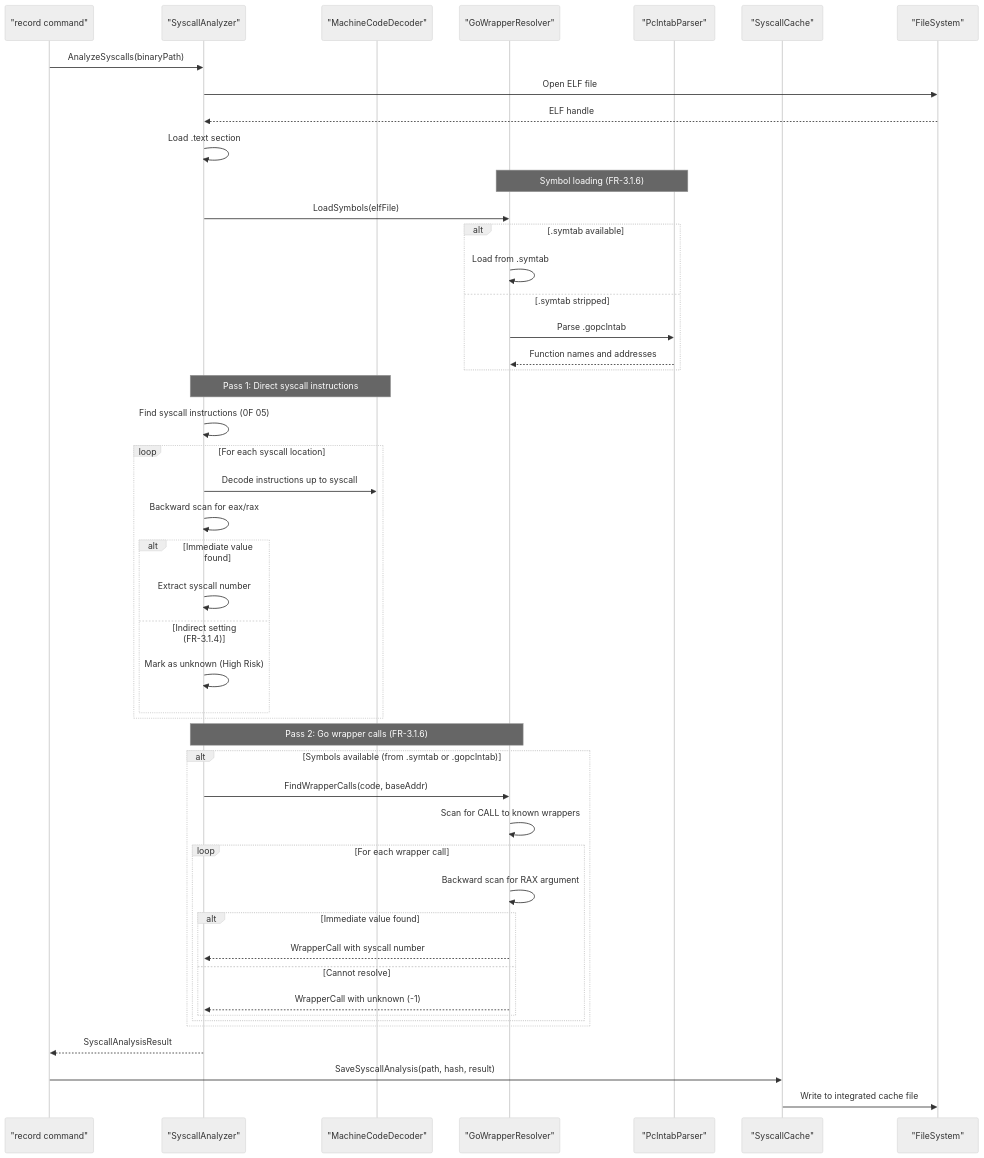
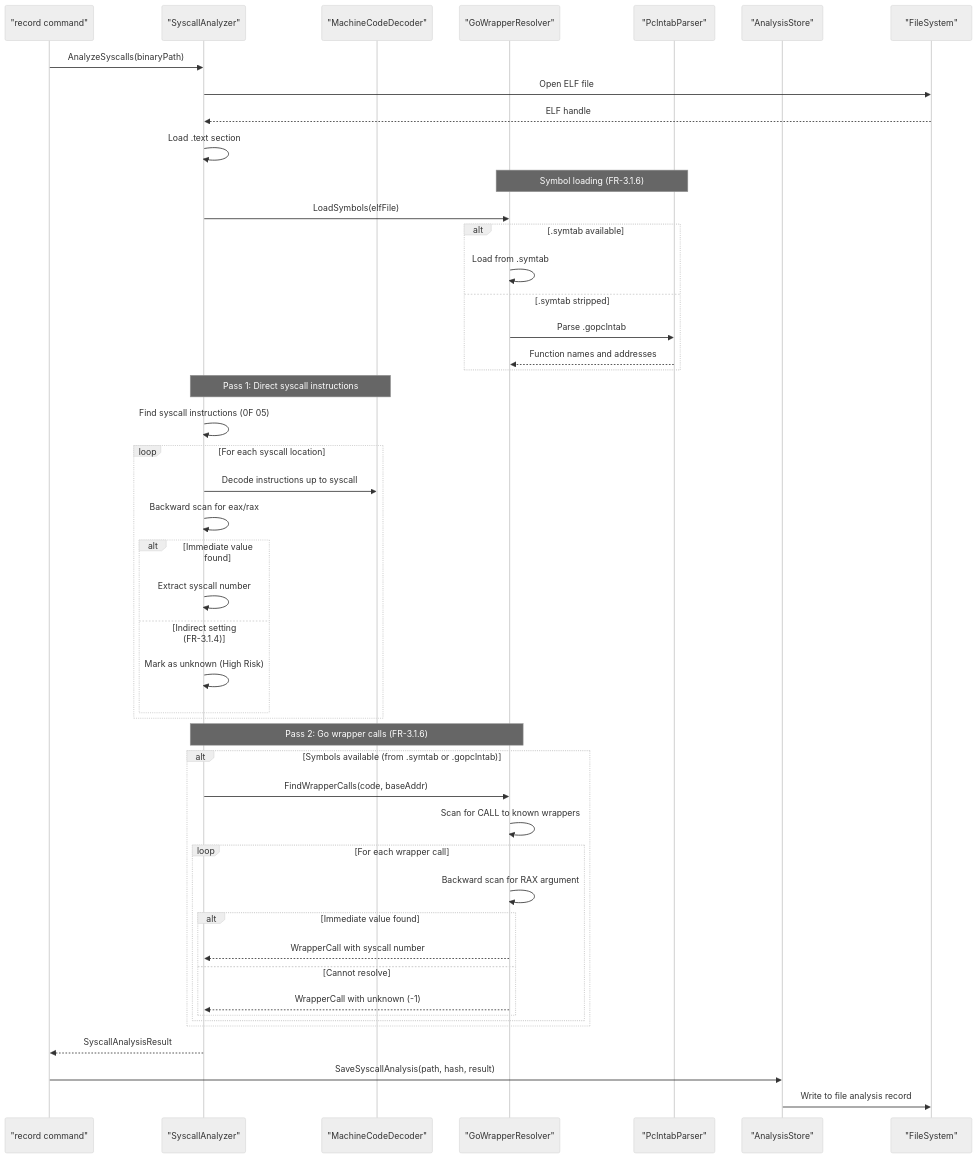
One commit to isseis/go-safe-cmd-runner changed the fifth of 18 diagrams in docs/tasks/0070_elf_syscall_analysis/02_architecture.md. Above: the diagram before and after it, drawn with Mermaid (neutral theme). The commit also changed other lines of this file and 2 other files, not shown here.

First line of the commit message:
docs: rename integrated cache to file-analysis store

````diff
--- a/docs/tasks/0070_elf_syscall_analysis/02_architecture.md
+++ b/docs/tasks/0070_elf_syscall_analysis/02_architecture.md
@@ -147,54 +144,54 @@
 ```mermaid
 sequenceDiagram
     participant RC as "record command"
     participant SA as "SyscallAnalyzer"
     participant MD as "MachineCodeDecoder"
     participant GW as "GoWrapperResolver"
     participant PP as "PclntabParser"
-    participant SC as "SyscallCache"
+    participant AS as "AnalysisStore"
     participant FS as "FileSystem"
 
     RC->>SA: AnalyzeSyscalls(binaryPath)
     SA->>FS: Open ELF file
     FS-->>SA: ELF handle
     SA->>SA: Load .text section
 
     Note over GW,PP: Symbol loading (FR-3.1.6)
     SA->>GW: LoadSymbols(elfFile)
     alt .symtab available
         GW->>GW: Load from .symtab
     else .symtab stripped
         GW->>PP: Parse .gopclntab
         PP-->>GW: Function names and addresses
     end
 
     Note over SA,MD: Pass 1: Direct syscall instructions
     SA->>SA: Find syscall instructions (0F 05)
     loop For each syscall location
         SA->>MD: Decode instructions up to syscall
         SA->>SA: Backward scan for eax/rax
         alt Immediate value found
             SA->>SA: Extract syscall number
         else Indirect setting (FR-3.1.4)
             SA->>SA: Mark as unknown (High Risk)
         end
     end
 
     Note over SA,GW: Pass 2: Go wrapper calls (FR-3.1.6)
     alt Symbols available (from .symtab or .gopclntab)
         SA->>GW: FindWrapperCalls(code, baseAddr)
         GW->>GW: Scan for CALL to known wrappers
         loop For each wrapper call
             GW->>GW: Backward scan for RAX argument
             alt Immediate value found
                 GW-->>SA: WrapperCall with syscall number
             else Cannot resolve
                 GW-->>SA: WrapperCall with unknown (-1)
             end
         end
     end
 
     SA-->>RC: SyscallAnalysisResult
-    RC->>SC: SaveSyscallAnalysis(path, hash, result)
-    SC->>FS: Write to integrated cache file
+    RC->>AS: SaveSyscallAnalysis(path, hash, result)
+    AS->>FS: Write to file analysis record
 ```
````
